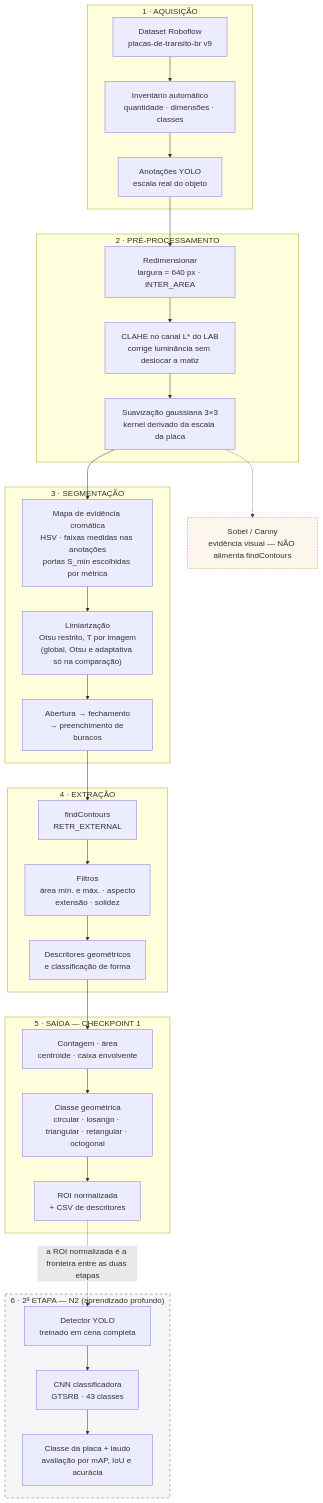
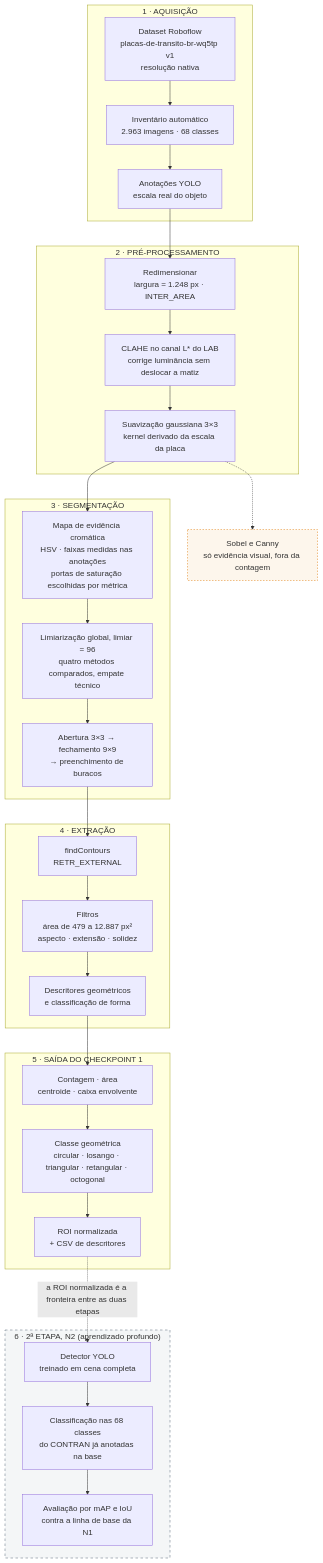
Before and after one commit to CaioHenri99/aed-visao-placas-transito: the diagram in docs/arquitetura.md, drawn with Mermaid. The commit also changed other lines of this file and 1 other file, not shown here.

First line of the commit message:
docs: atualiza o diagrama da arquitetura para a solucao atual

````diff
--- a/docs/arquitetura.md
+++ b/docs/arquitetura.md
@@ -13,56 +13,56 @@
 ```mermaid
 flowchart TD
     subgraph AQ["1 · AQUISIÇÃO"]
-        A1["Dataset Roboflow<br/>placas-de-transito-br v9"]
-        A2["Inventário automático<br/>quantidade · dimensões · classes"]
+        A1["Dataset Roboflow<br/>placas-de-transito-br-wq5tp v1<br/>resolução nativa"]
+        A2["Inventário automático<br/>2.963 imagens · 68 classes"]
         A3["Anotações YOLO<br/>escala real do objeto"]
         A1 --> A2 --> A3
     end
 
     subgraph PRE["2 · PRÉ-PROCESSAMENTO"]
-        B1["Redimensionar<br/>largura = 640 px · INTER_AREA"]
+        B1["Redimensionar<br/>largura = 1.248 px · INTER_AREA"]
         B2["CLAHE no canal L* do LAB<br/>corrige luminância sem deslocar a matiz"]
         B3["Suavização gaussiana 3×3<br/>kernel derivado da escala da placa"]
         B1 --> B2 --> B3
     end
 
     subgraph SEG["3 · SEGMENTAÇÃO"]
-        C1["Mapa de evidência cromática<br/>HSV · faixas medidas nas anotações<br/>portas S_min escolhidas por métrica"]
-        C2["Limiarização<br/>Otsu restrito, T por imagem<br/>(global, Otsu e adaptativa só na comparação)"]
-        C3["Abertura → fechamento<br/>→ preenchimento de buracos"]
+        C1["Mapa de evidência cromática<br/>HSV · faixas medidas nas anotações<br/>portas de saturação escolhidas por métrica"]
+        C2["Limiarização global, limiar = 96<br/>quatro métodos comparados, empate técnico"]
+        C3["Abertura 3×3 → fechamento 9×9<br/>→ preenchimento de buracos"]
         C1 --> C2 --> C3
     end
 
     subgraph EXT["4 · EXTRAÇÃO"]
         D1["findContours<br/>RETR_EXTERNAL"]
-        D2["Filtros<br/>área mín. e máx. · aspecto<br/>extensão · solidez"]
+        D2["Filtros<br/>área de 479 a 12.887 px²<br/>aspecto · extensão · solidez"]
         D3["Descritores geométricos<br/>e classificação de forma"]
         D1 --> D2 --> D3
     end
 
-    subgraph OUT["5 · SAÍDA — CHECKPOINT 1"]
+    subgraph OUT["5 · SAÍDA DO CHECKPOINT 1"]
         E1["Contagem · área<br/>centroide · caixa envolvente"]
         E2["Classe geométrica<br/>circular · losango · triangular · retangular · octogonal"]
         E3["ROI normalizada<br/>+ CSV de descritores"]
         E1 --> E2 --> E3
     end
 
-    subgraph N2["6 · 2ª ETAPA — N2 (aprendizado profundo)"]
+    subgraph N2["6 · 2ª ETAPA, N2 (aprendizado profundo)"]
         F1["Detector YOLO<br/>treinado em cena completa"]
-        F2["CNN classificadora<br/>GTSRB · 43 classes"]
-        F3["Classe da placa + laudo<br/>avaliação por mAP, IoU e acurácia"]
+        F2["Classificação nas 68 classes<br/>do CONTRAN já anotadas na base"]
+        F3["Avaliação por mAP e IoU<br/>contra a linha de base da N1"]
         F1 --> F2 --> F3
     end
 
-    CANNY["Sobel / Canny<br/>evidência visual — NÃO alimenta findContours"]
+    CANNY["Sobel e Canny<br/>só evidência visual, fora da contagem"]
 
     A3 --> B1
     B3 --> C1
     C3 --> D1
     D3 --> E1
     E3 -.->|"a ROI normalizada é a fronteira entre as duas etapas"| F1
     B3 -.-> CANNY
 
     style N2 fill:#f4f6f7,stroke:#5a6b7b,stroke-dasharray: 5 5
     style CANNY fill:#fdf6ec,stroke:#e08214,stroke-dasharray: 3 3
 ```
````
